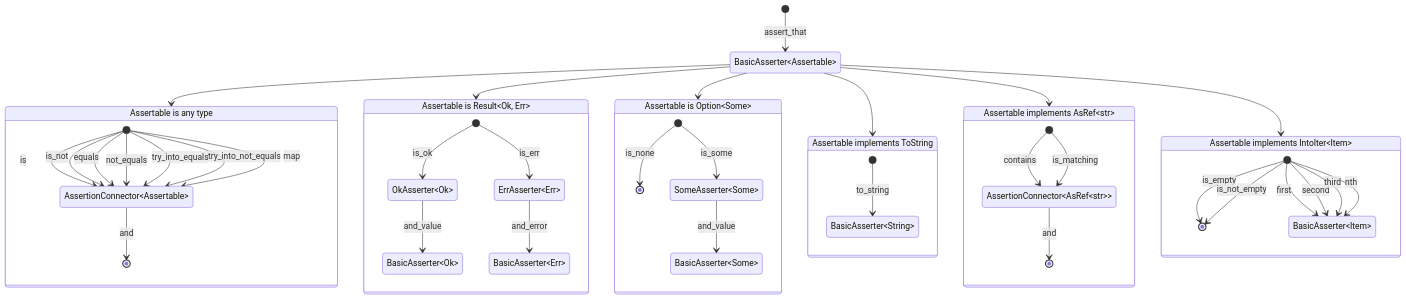
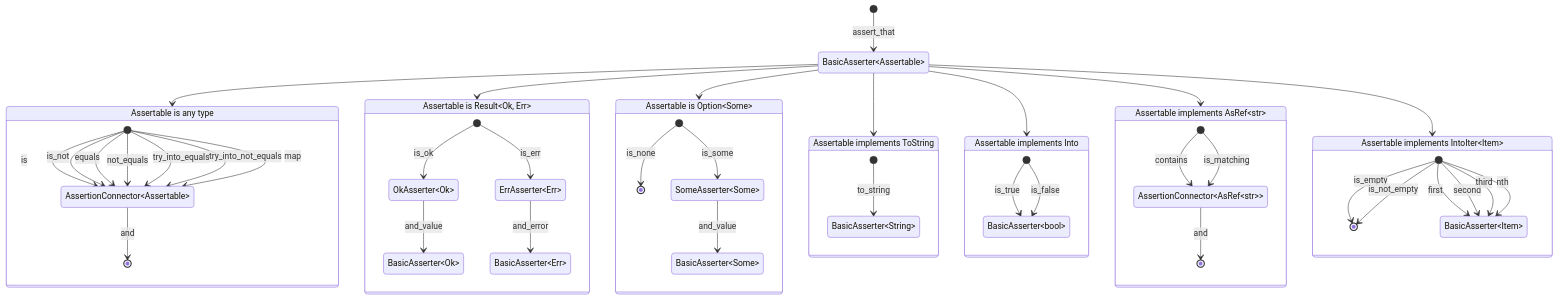
One commit to open-schnick/Smoothy changed the diagram in README.md. Above: the diagram before and after it, drawn with Mermaid. The commit also changed other lines of this file and 3 other files, not shown here.

Commit message:
feat: add is_true and is_false convenience functions for booleans

````diff
--- a/README.md
+++ b/README.md
@@ -112,47 +118,52 @@
 ```mermaid
 stateDiagram-v2
     [*] --> BasicAsserter&ltAssertable&gt : assert_that
     BasicAsserter&ltAssertable&gt --> Anything
     state "Assertable is any type" as Anything {
         [*] --> AssertionConnector&ltAssertable&gt : is
         [*] --> AssertionConnector&ltAssertable&gt : is_not
         [*] --> AssertionConnector&ltAssertable&gt : equals
         [*] --> AssertionConnector&ltAssertable&gt : not_equals
         [*] --> AssertionConnector&ltAssertable&gt : try_into_equals
         [*] --> AssertionConnector&ltAssertable&gt : try_into_not_equals
         [*] --> AssertionConnector&ltAssertable&gt : map
         AssertionConnector&ltAssertable&gt --> [*] : and
     }
     BasicAsserter&ltAssertable&gt --> Result
     state "Assertable is Result&ltOk, Err&gt" as Result {
         [*] --> OkAsserter&ltOk&gt : is_ok
         OkAsserter&ltOk&gt --> BasicAsserter&ltOk&gt : and_value
         [*] --> ErrAsserter&ltErr&gt : is_err
         ErrAsserter&ltErr&gt --> BasicAsserter&ltErr&gt : and_error
     }
     BasicAsserter&ltAssertable&gt --> Option
     state "Assertable is Option&ltSome&gt" as Option {
         [*] --> [*] : is_none
         [*] --> SomeAsserter&ltSome&gt : is_some
         SomeAsserter&ltSome&gt --> BasicAsserter&ltSome&gt : and_value
     }
     BasicAsserter&ltAssertable&gt --> ImplString
     state "Assertable implements ToString" as ImplString {
         [*] --> BasicAsserter&ltString&gt : to_string
     }
+    BasicAsserter&ltAssertable&gt --> ImplToBool
+    state "Assertable implements Into<bool>" as ImplToBool {
+        [*] --> BasicAsserter&ltbool&gt : is_true
+        [*] --> BasicAsserter&ltbool&gt : is_false
+    }
     BasicAsserter&ltAssertable&gt --> ImplAsRefStr
     state "Assertable implements AsRef&ltstr&gt" as ImplAsRefStr {
         [*] --> AssertionConnector&ltAsRef&ltstr&gt&gt : contains
         [*] --> AssertionConnector&ltAsRef&ltstr&gt&gt : is_matching
         AssertionConnector&ltAsRef&ltstr&gt&gt --> [*] : and
     }
     BasicAsserter&ltAssertable&gt --> ImplIntoIter
     state "Assertable implements IntoIter&ltItem&gt" as ImplIntoIter {
         [*] --> [*] : is_empty
         [*] --> [*] : is_not_empty
         [*] --> BasicAsserter&ltItem&gt: first
         [*] --> BasicAsserter&ltItem&gt: second
         [*] --> BasicAsserter&ltItem&gt: third
         [*] --> BasicAsserter&ltItem&gt: nth
     }
 ```
````
